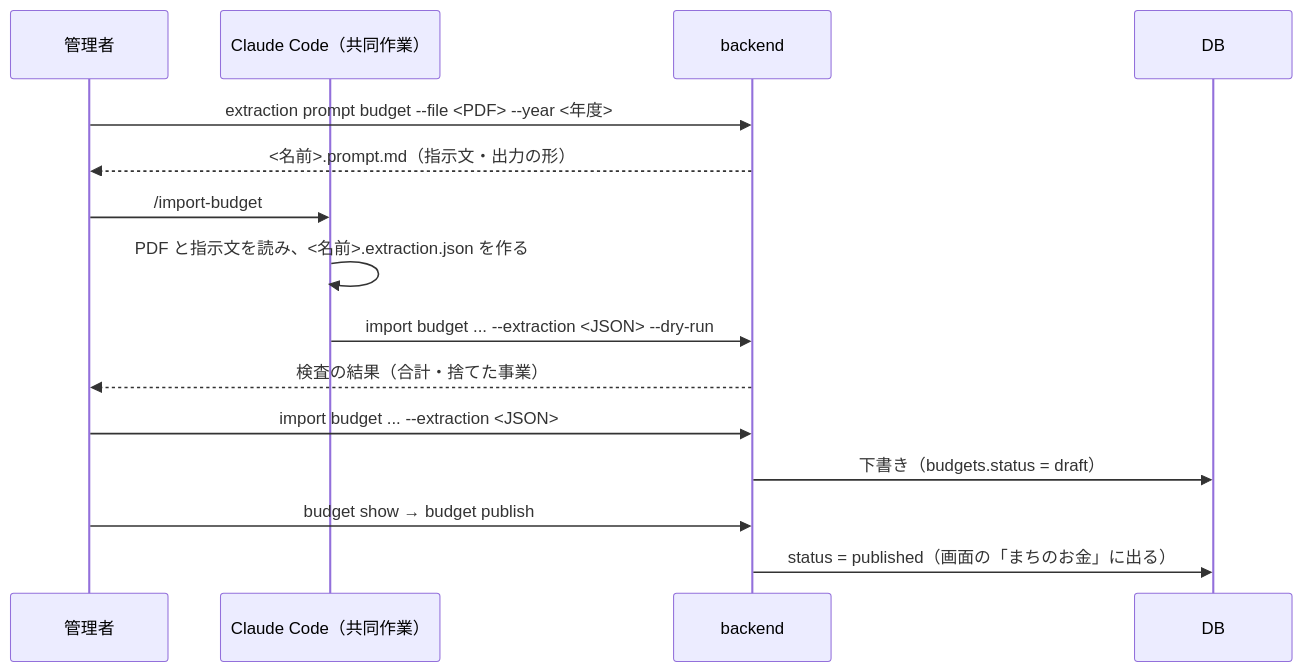
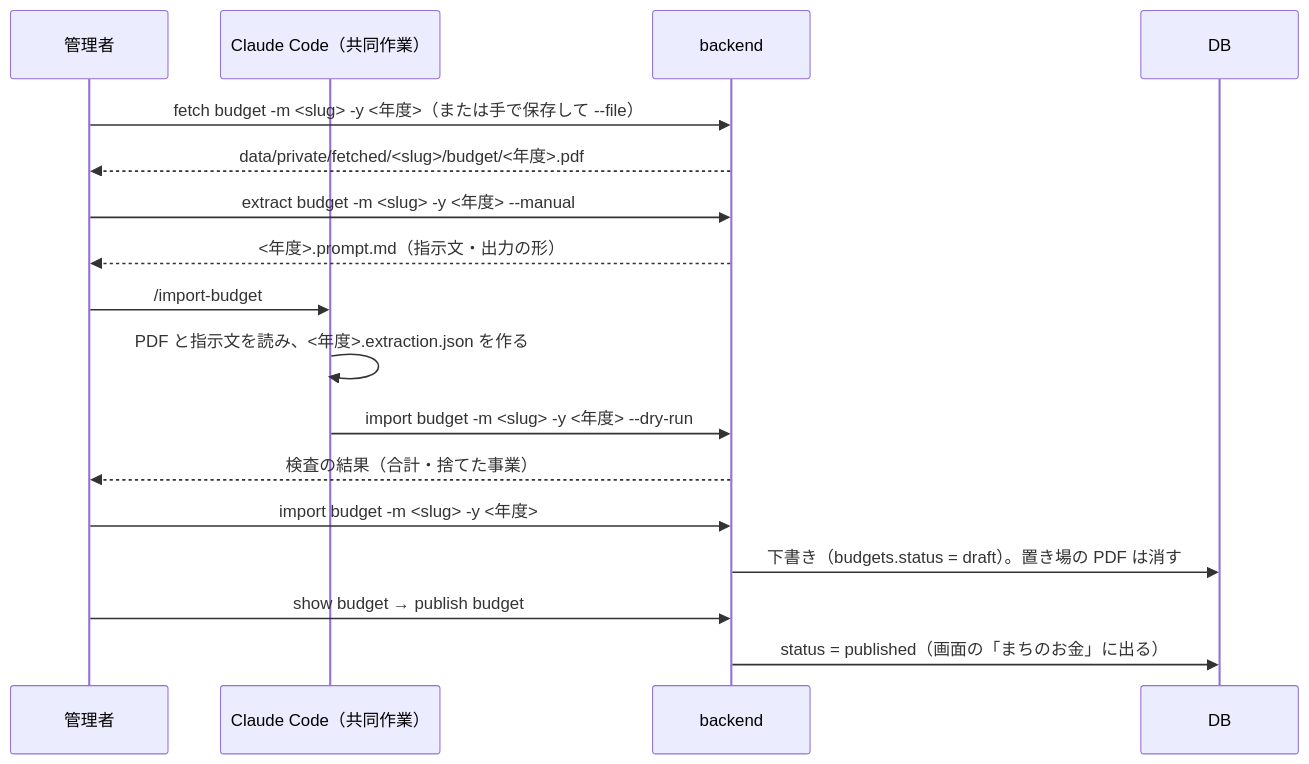
Before and after one commit to soman-ungan/civic-platform: the third of 5 diagrams in docs/data-flow.md, drawn with Mermaid. The commit also changed other lines of this file and 8 other files, not shown here.

````diff
--- a/docs/data-flow.md
+++ b/docs/data-flow.md
@@ -109,17 +121,19 @@
 ```mermaid
 sequenceDiagram
     participant 管理者
     participant CC as Claude Code（共同作業）
     participant CLI as backend
     participant DB
-    管理者->>CLI: extraction prompt budget --file <PDF> --year <年度>
-    CLI-->>管理者: <名前>.prompt.md（指示文・出力の形）
+    管理者->>CLI: fetch budget -m <slug> -y <年度>（または手で保存して --file）
+    CLI-->>管理者: data/private/fetched/<slug>/budget/<年度>.pdf
+    管理者->>CLI: extract budget -m <slug> -y <年度> --manual
+    CLI-->>管理者: <年度>.prompt.md（指示文・出力の形）
     管理者->>CC: /import-budget
-    CC->>CC: PDF と指示文を読み、<名前>.extraction.json を作る
-    CC->>CLI: import budget ... --extraction <JSON> --dry-run
+    CC->>CC: PDF と指示文を読み、<年度>.extraction.json を作る
+    CC->>CLI: import budget -m <slug> -y <年度> --dry-run
     CLI-->>管理者: 検査の結果（合計・捨てた事業）
-    管理者->>CLI: import budget ... --extraction <JSON>
-    CLI->>DB: 下書き（budgets.status = draft）
-    管理者->>CLI: budget show → budget publish
+    管理者->>CLI: import budget -m <slug> -y <年度>
+    CLI->>DB: 下書き（budgets.status = draft）。置き場の PDF は消す
+    管理者->>CLI: show budget → publish budget
     CLI->>DB: status = published（画面の「まちのお金」に出る）
 ```
````
